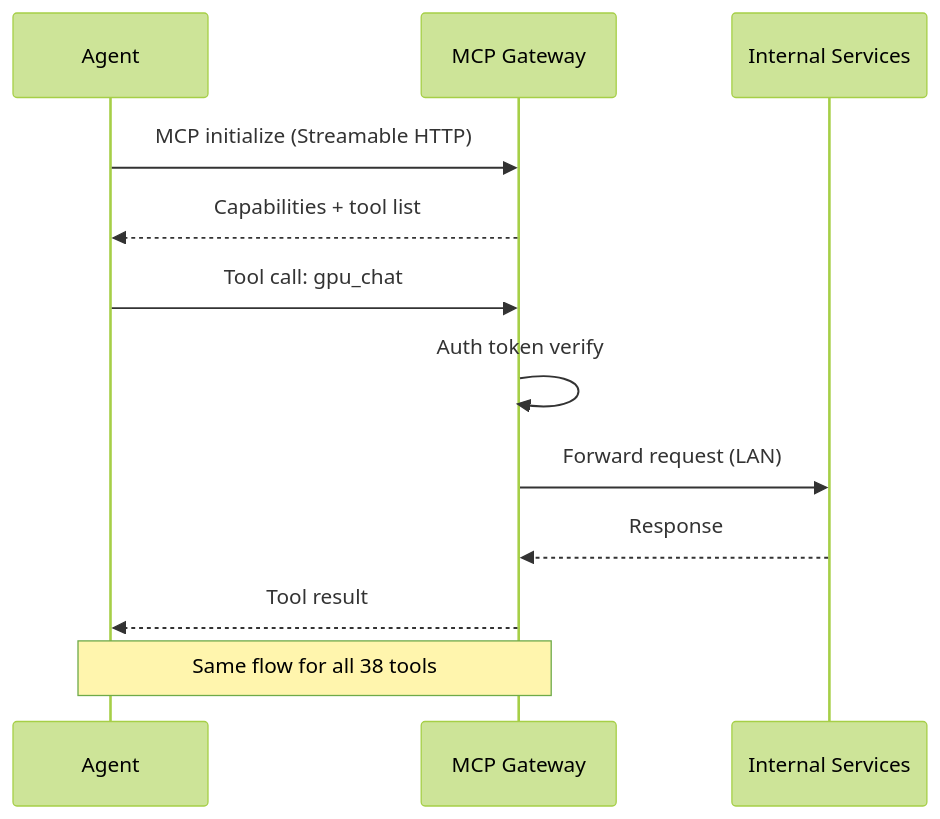
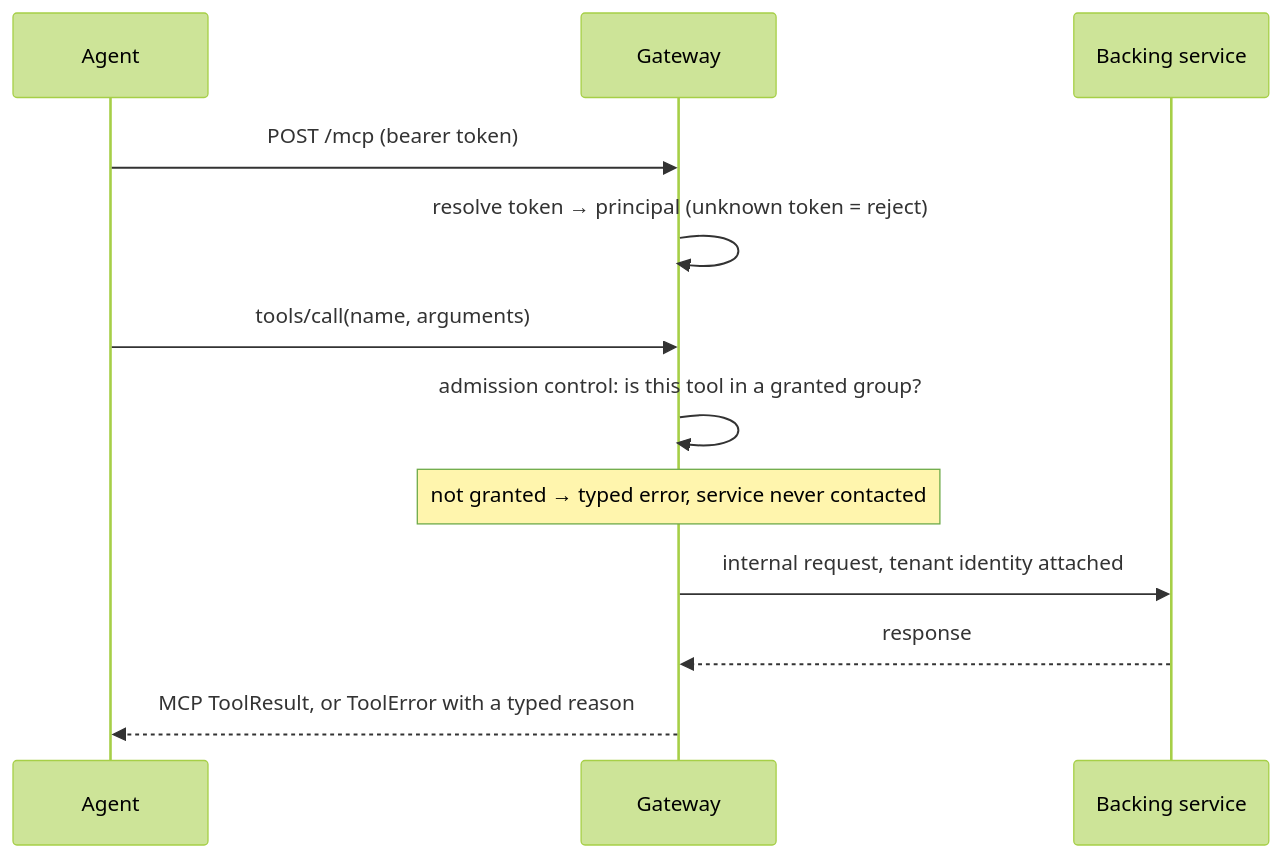
One commit to sternnick/mcp-gateway changed the second of 3 diagrams in README.md. Above: the diagram before and after it, drawn with Mermaid (forest theme). The commit also changed other lines of this file, not shown here.

First line of the commit message:
docs: correct the README against the implemented gateway

````diff
--- a/README.md
+++ b/README.md
@@ -108,17 +108,15 @@
 ```mermaid
 sequenceDiagram
     participant Agent
-    participant Gateway as MCP Gateway
-    participant Services as Internal Services
+    participant GW as Gateway
+    participant Svc as Backing service
 
-    Agent->>Gateway: MCP initialize (Streamable HTTP)
-    Gateway-->>Agent: Capabilities + tool list
-
-    Agent->>Gateway: Tool call: gpu_chat
-    Gateway->>Gateway: Auth token verify
-    Gateway->>Services: Forward request (LAN)
-    Services-->>Gateway: Response
-    Gateway-->>Agent: Tool result
-
-    Note over Agent,Gateway: Same flow for all 38 tools
+    Agent->>GW: POST /mcp  (bearer token)
+    GW->>GW: resolve token → principal (unknown token = reject)
+    Agent->>GW: tools/call(name, arguments)
+    GW->>GW: admission control: is this tool in a granted group?
+    Note over GW: not granted → typed error, service never contacted
+    GW->>Svc: internal request, tenant identity attached
+    Svc-->>GW: response
+    GW-->>Agent: MCP ToolResult, or ToolError with a typed reason
 ```
````
